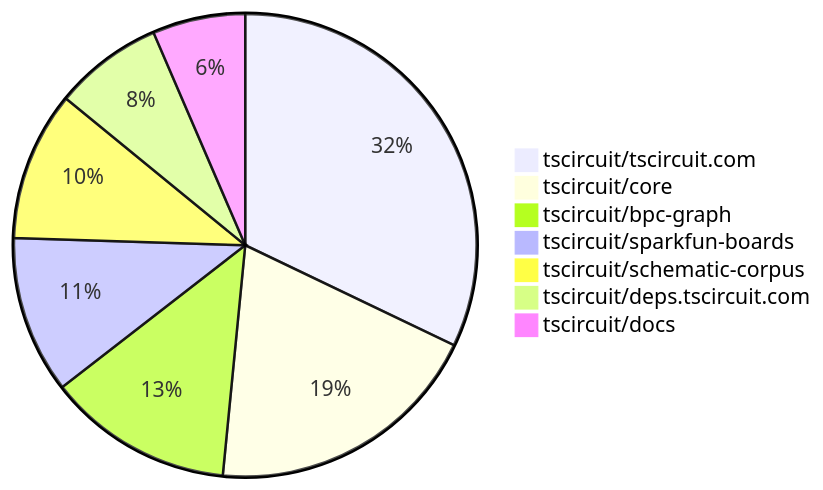
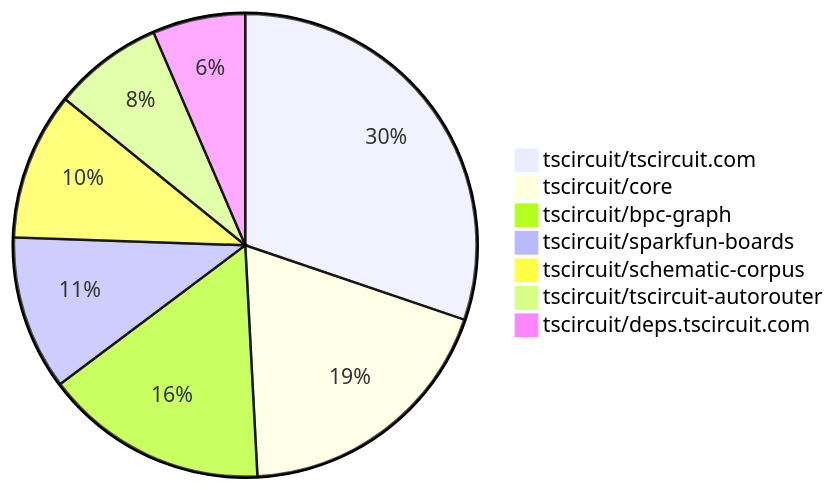
Before and after one commit to tscircuit/contribution-tracker: the second of 2 diagrams in contribution-overviews/2025-06-18.md, drawn with Mermaid. The commit also changed other lines of this file and 3 other files, not shown here.

````diff
--- a/contribution-overviews/2025-06-18.md
+++ b/contribution-overviews/2025-06-18.md
@@ -90,10 +90,10 @@
 ```mermaid
 pie
-    "tscircuit/tscircuit.com" : 114
-    "tscircuit/core" : 69
-    "tscircuit/bpc-graph" : 46
-    "tscircuit/sparkfun-boards" : 39
-    "tscircuit/schematic-corpus" : 37
+    "tscircuit/tscircuit.com" : 126
+    "tscircuit/core" : 79
+    "tscircuit/bpc-graph" : 65
+    "tscircuit/sparkfun-boards" : 45
+    "tscircuit/schematic-corpus" : 43
+    "tscircuit/tscircuit-autorouter" : 32
     "tscircuit/deps.tscircuit.com" : 27
-    "tscircuit/docs" : 23
 ```
````
